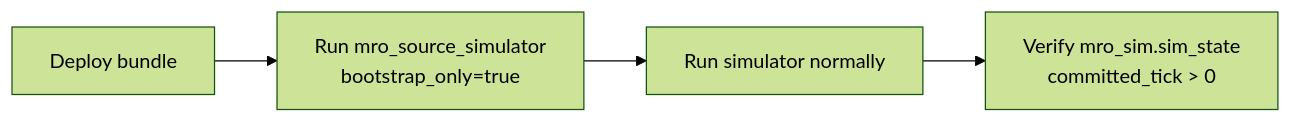
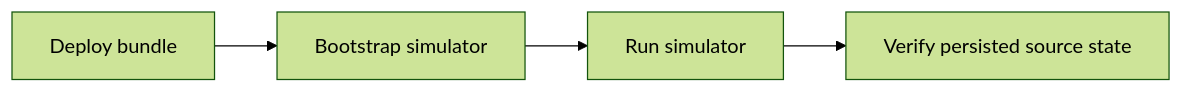
Diagram 18 of 21 in README.md (brunolnetto/mro-job-as-code), drawn with Mermaid (forest theme) before and after one commit. The commit also changed other lines of this file, not shown here.

Commit message:
docs: simplify Mermaid diagrams and collapse README sections

````diff
--- a/README.md
+++ b/README.md
@@ -1692,6 +1645,6 @@
 ```mermaid
-flowchart LR
-    A["Deploy bundle"] --> B["Run mro_source_simulator<br/>bootstrap_only=true"]
-    B --> C["Run simulator normally"]
-    C --> D["Verify mro_sim.sim_state<br/>committed_tick > 0"]
+graph LR
+    D[Deploy bundle] --> B[Bootstrap simulator]
+    B --> R[Run simulator]
+    R --> V[Verify persisted source state]
 ```
````
